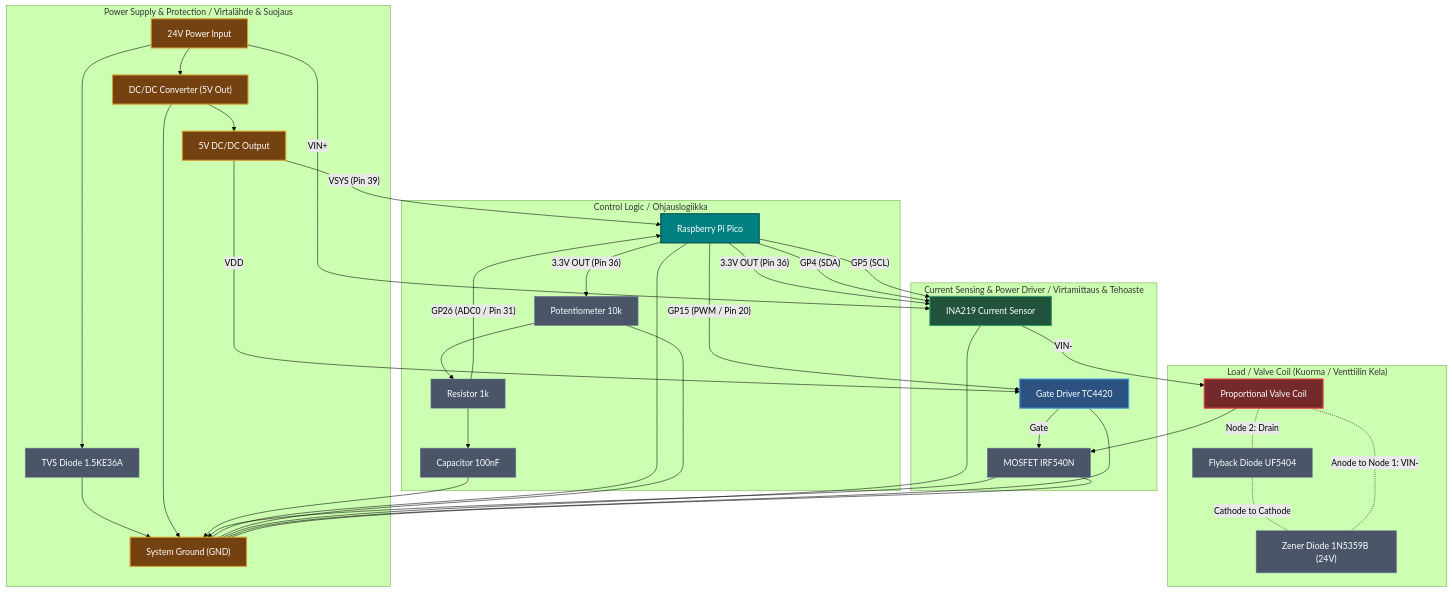
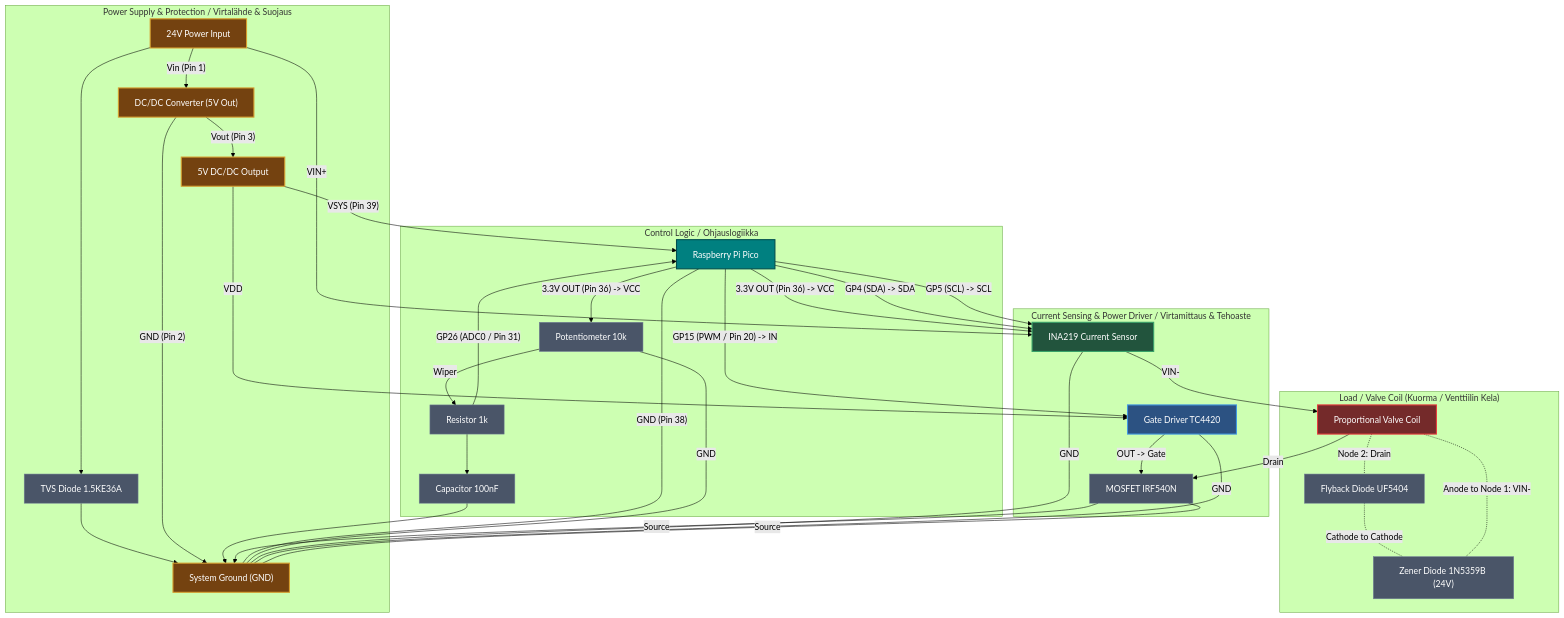
One commit to salmiac/DitherDrive-Pico changed the diagram in README.md. Above: the diagram before and after it, drawn with Mermaid (forest theme). The commit also changed 10 other files, not shown here.

````diff
--- a/README.md
+++ b/README.md
@@ -45,79 +45,79 @@
 ```mermaid
 graph TD
     classDef mcu fill:#008080,stroke:#004d4d,stroke-width:2px,color:#fff;
     classDef power fill:#744210,stroke:#d69e2e,stroke-width:2px,color:#fff;
     classDef sensor fill:#22543d,stroke:#38a169,stroke-width:2px,color:#fff;
     classDef driver fill:#2c5282,stroke:#4299e1,stroke-width:2px,color:#fff;
     classDef discrete fill:#4a5568,stroke:#718096,stroke-width:1px,color:#fff;
     classDef load fill:#742a2a,stroke:#e53e3e,stroke-width:2px,color:#fff;
 
     subgraph Power_Supply ["Power Supply & Protection / Virtalähde & Suojaus"]
         V24["24V Power Input"]:::power
         TVS["TVS Diode 1.5KE36A"]:::discrete
         Traco["DC/DC Converter (5V Out)"]:::power
         V5["5V DC/DC Output"]:::power
         GND["System Ground (GND)"]:::power
     end
 
     subgraph Control_Logic ["Control Logic / Ohjauslogiikka"]
         Pico["Raspberry Pi Pico"]:::mcu
         Pot["Potentiometer 10k"]:::discrete
         RC_R["Resistor 1k"]:::discrete
         RC_C["Capacitor 100nF"]:::discrete
     end
 
     subgraph Sensing_Driving ["Current Sensing & Power Driver / Virtamittaus & Tehoaste"]
         INA["INA219 Current Sensor"]:::sensor
         Driver["Gate Driver TC4420"]:::driver
         MOSFET["MOSFET IRF540N"]:::discrete
     end
 
     subgraph Actuator ["Load / Valve Coil (Kuorma / Venttiilin Kela)"]
         Coil["Proportional Valve Coil"]:::load
         UF5404["Flyback Diode UF5404"]:::discrete
         Zener["Zener Diode 1N5359B (24V)"]:::discrete
     end
 
     %% Power distribution
     V24 --> TVS
     TVS --> GND
-    V24 --> Traco
-    Traco --> GND
-    Traco --> V5
+    V24 -->|"Vin (Pin 1)"| Traco
+    Traco -->|"GND (Pin 2)"| GND
+    Traco -->|"Vout (Pin 3)"| V5
 
     %% Logic power
     V5 -->|"VSYS (Pin 39)"| Pico
     V5 -->|"VDD"| Driver
-    Pico -->|"3.3V OUT (Pin 36)"| INA
-    Pico -->|"3.3V OUT (Pin 36)"| Pot
+    Pico -->|"3.3V OUT (Pin 36) -> VCC"| INA
+    Pico -->|"3.3V OUT (Pin 36) -> VCC"| Pot
 
     %% Analog setpoint input
-    Pot --> RC_R
+    Pot -->|"Wiper"| RC_R
     RC_R --> RC_C
     RC_C --> GND
     RC_R -->|"GP26 (ADC0 / Pin 31)"| Pico
 
     %% Control lines
-    Pico -- "GP4 (SDA)" --> INA
-    Pico -- "GP5 (SCL)" --> INA
-    Pico -- "GP15 (PWM / Pin 20)" --> Driver
+    Pico -- "GP4 (SDA) -> SDA" --> INA
+    Pico -- "GP5 (SCL) -> SCL" --> INA
+    Pico -- "GP15 (PWM / Pin 20) -> IN" --> Driver
 
     %% Load power path
     V24 -->|"VIN+"| INA
     INA -->|"VIN-"| Coil
-    Coil --> MOSFET
-    MOSFET --> GND
-    Driver -->|Gate| MOSFET
+    Coil -->|"Drain"| MOSFET
+    MOSFET -->|"Source"| GND
+    Driver -->|"OUT -> Gate"| MOSFET
 
     %% Fast Flyback path (anti-parallel to Coil)
     Coil-.-|Node 2: Drain| UF5404
     UF5404-.-|Cathode to Cathode| Zener
     Zener-.-|Anode to Node 1: VIN-| Coil
 
     %% GND references
-    Pico --- GND
-    Pot --- GND
-    INA --- GND
-    Driver --- GND
-    MOSFET --- GND
+    Pico ---|"GND (Pin 38)"| GND
+    Pot ---|"GND"| GND
+    INA ---|"GND"| GND
+    Driver ---|"GND"| GND
+    MOSFET ---|"Source"| GND
 ```
````
